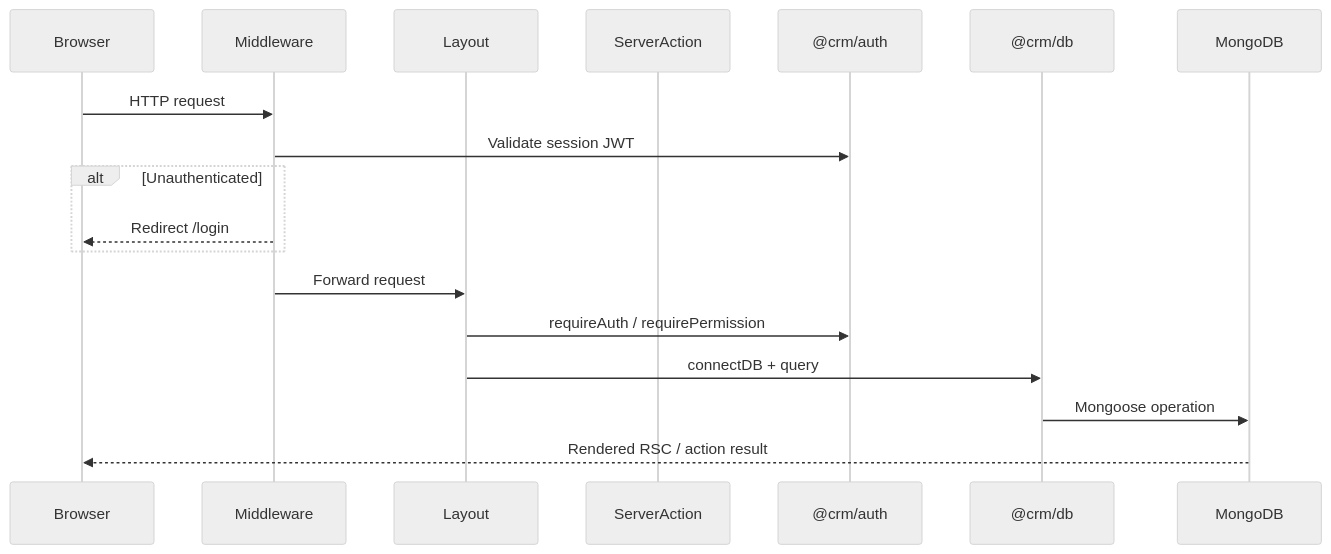
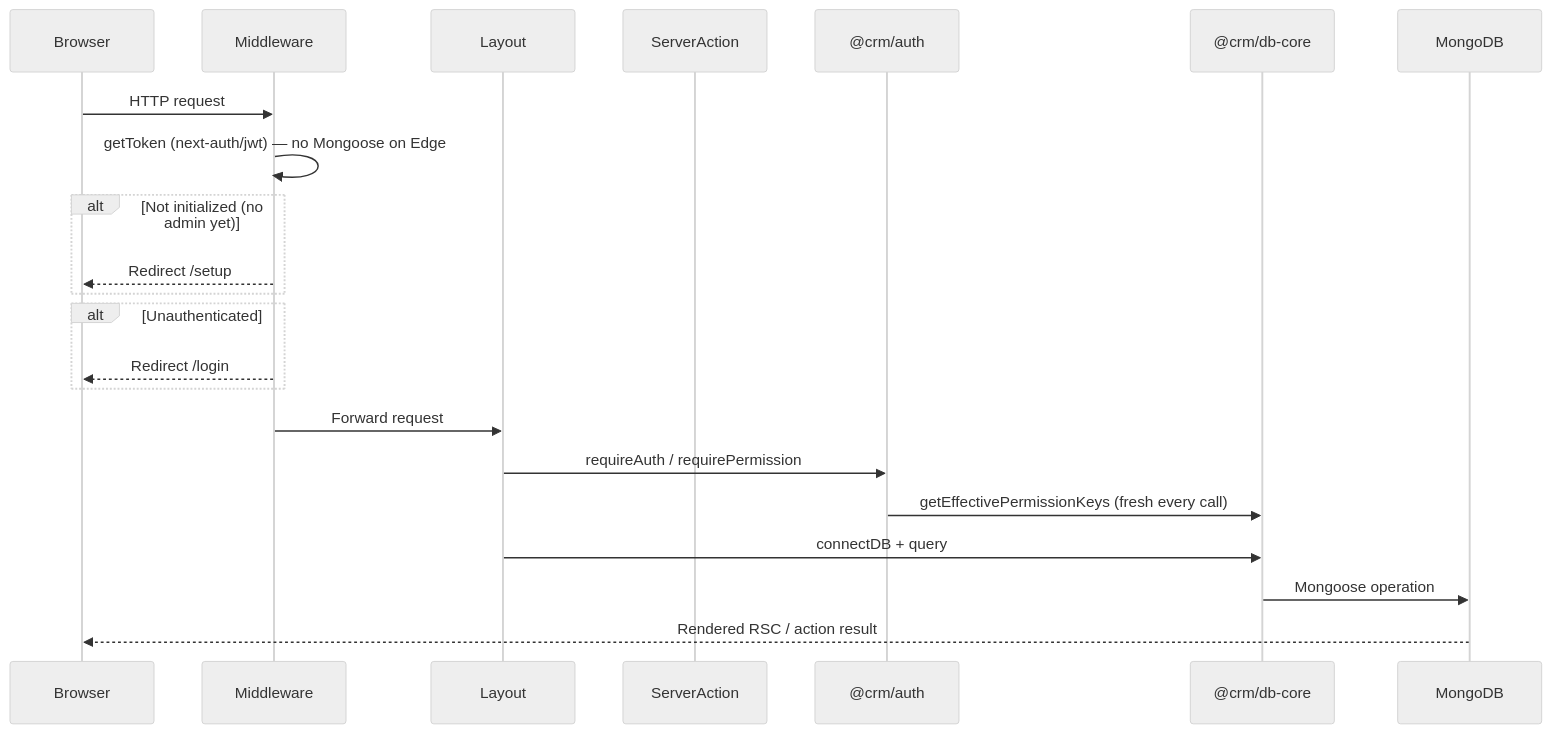
Before and after one commit to Tomkoooo/tCrm: the second of 3 diagrams in docs/ARCHITECTURE.md, drawn with Mermaid (neutral theme). The commit also changed other lines of this file and 621 other files, not shown here.

````diff
--- a/docs/ARCHITECTURE.md
+++ b/docs/ARCHITECTURE.md
@@ -90,21 +105,25 @@
 ```mermaid
 sequenceDiagram
   participant Browser
   participant Middleware
   participant Layout
   participant ServerAction
   participant Auth as @crm/auth
-  participant DB as @crm/db
+  participant DB as @crm/db-core
   participant MongoDB
 
   Browser->>Middleware: HTTP request
-  Middleware->>Auth: Validate session JWT
+  Middleware->>Middleware: getToken (next-auth/jwt) — no Mongoose on Edge
+  alt Not initialized (no admin yet)
+    Middleware-->>Browser: Redirect /setup
+  end
   alt Unauthenticated
     Middleware-->>Browser: Redirect /login
   end
   Middleware->>Layout: Forward request
   Layout->>Auth: requireAuth / requirePermission
+  Auth->>DB: getEffectivePermissionKeys (fresh every call)
   Layout->>DB: connectDB + query
   DB->>MongoDB: Mongoose operation
   MongoDB-->>Browser: Rendered RSC / action result
 ```
````
